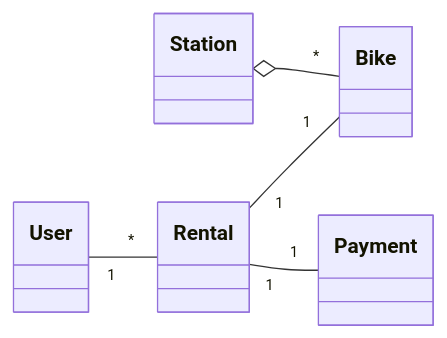
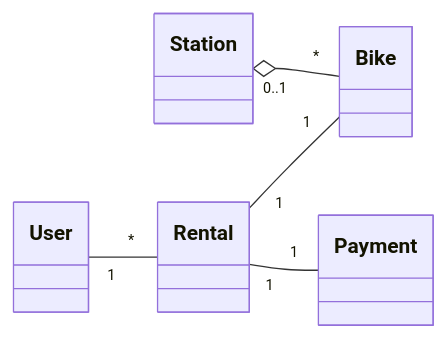
The diagram in class/amss-2026/curs/04-class-diagrams-demo.md (traiansf/traiansf.github.io), drawn with Mermaid before and after one commit. The commit also changed other lines of this file and 37 other files, not shown here.

````diff
--- a/class/amss-2026/curs/04-class-diagrams-demo.md
+++ b/class/amss-2026/curs/04-class-diagrams-demo.md
@@ -60,13 +65,13 @@
 ```mermaid
 classDiagram
     direction LR
     class User
     class Rental
     class Bike
     class Station
     class Payment
     User "1" -- "*" Rental
     Rental "1" -- "1" Bike
     Rental "1" -- "1" Payment
-    Station o-- "*" Bike
+    Station "0..1" o-- "*" Bike
 ```
````
